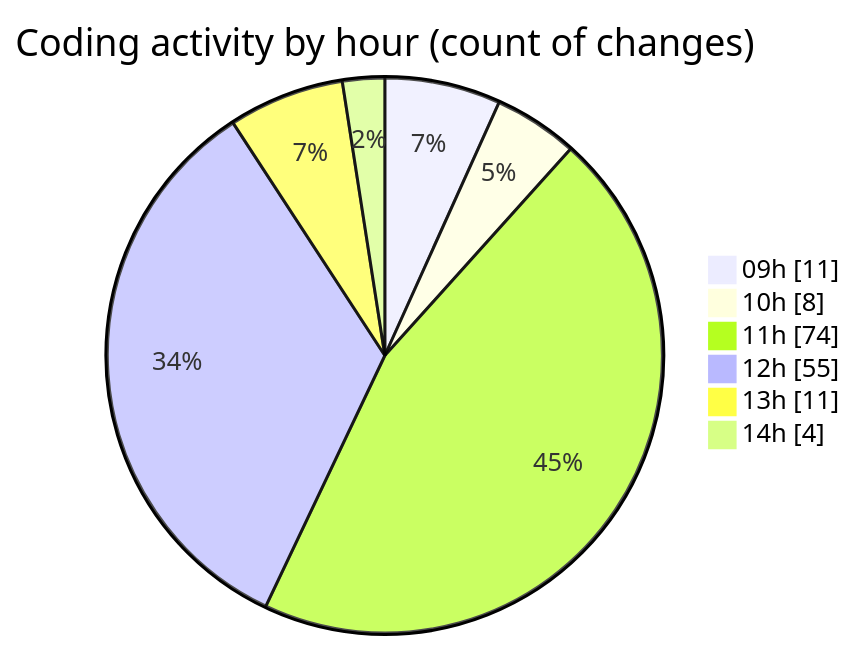
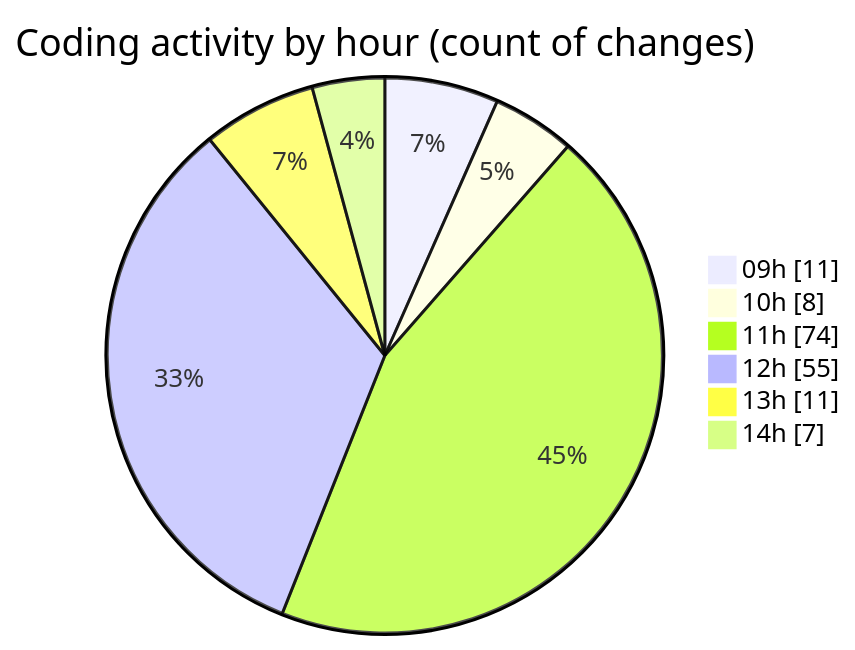
Before and after one commit to momahboobian/code-tracking: the second of 2 diagrams in 2025-10-30/cda/README.md, drawn with Mermaid. The commit also changed other lines of this file and 1 other file, not shown here.

````diff
--- a/2025-10-30/cda/README.md
+++ b/2025-10-30/cda/README.md
@@ -39,10 +39,10 @@
 ```mermaid
 pie showData
 title Coding activity by hour (count of changes)
 "09h" : 11
 "10h" : 8
 "11h" : 74
 "12h" : 55
 "13h" : 11
-"14h" : 4
+"14h" : 7
 ```
````
